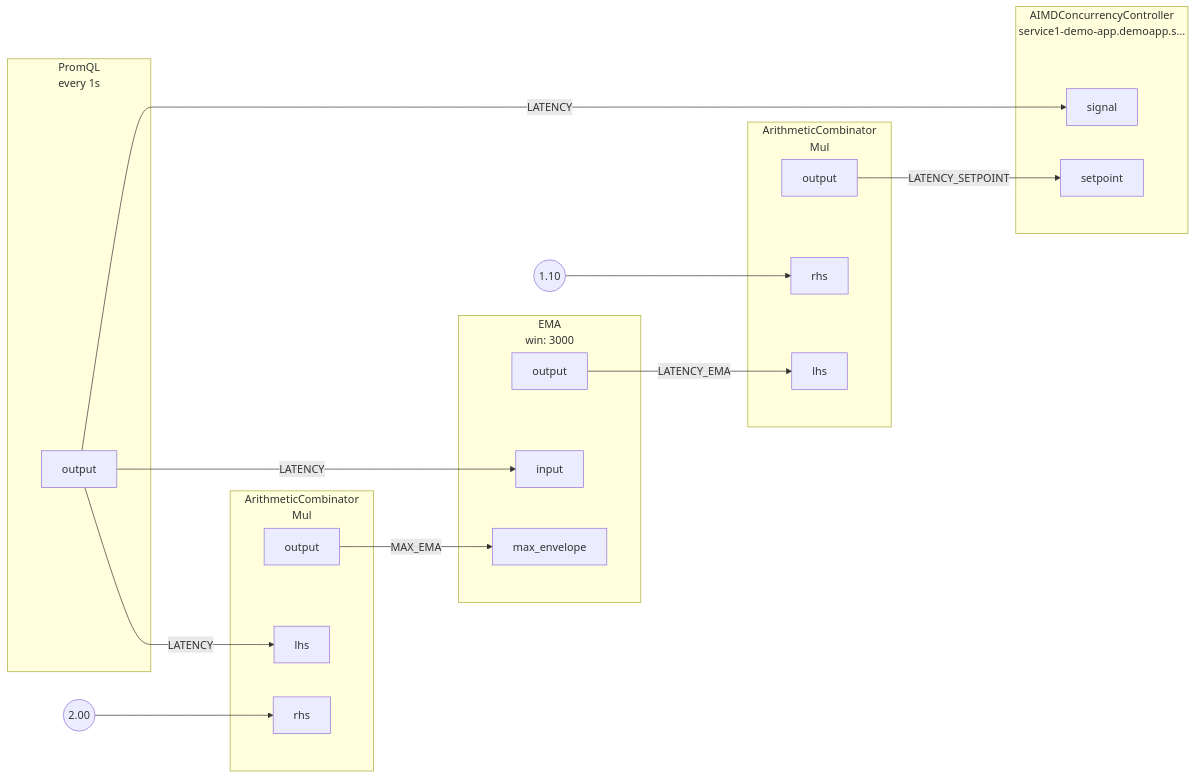
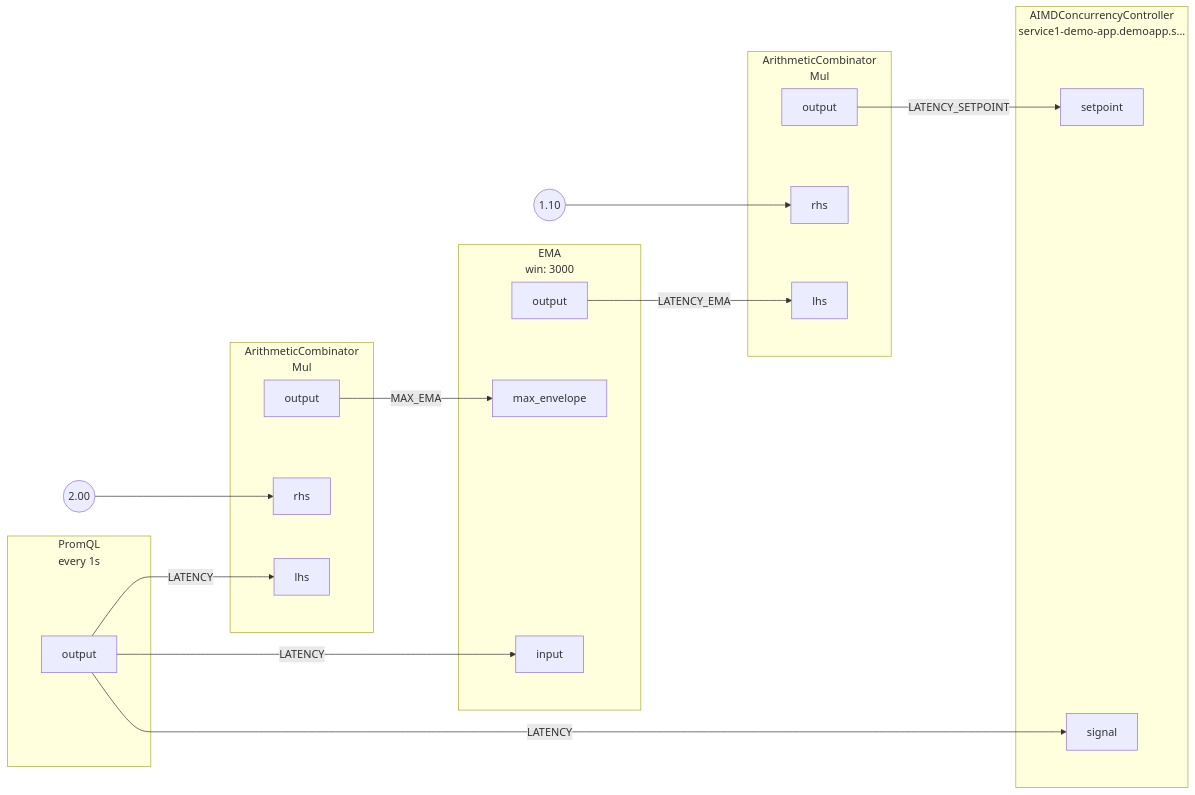
The diagram in docs/content/tutorials/integrations/flow-control/concurrency-limiting/assets/workload-prioritization/workload-prioritization.mmd (dataongunlaws/aperture), drawn with Mermaid before and after one commit. The commit also changed other lines of this file and 35 other files, not shown here.

Commit message:
YAML language server jsonschema for policies (#1348)

```diff
--- a/docs/content/tutorials/integrations/flow-control/concurrency-limiting/assets/workload-prioritization/workload-prioritization.mmd
+++ b/docs/content/tutorials/integrations/flow-control/concurrency-limiting/assets/workload-prioritization/workload-prioritization.mmd
@@ -1,60 +1,60 @@
 flowchart LR
 subgraph root.0[<center>PromQL<br/>every 1s</center>]
 subgraph root.0_outports[ ]
 style root.0_outports fill:none,stroke:none
 root.0output[output]
 end
 end
 FakeConstant0((2.00))
 FakeConstant0 --> root.1rhs
 subgraph root.1[<center>ArithmeticCombinator<br/>Mul</center>]
 subgraph root.1_inports[ ]
 style root.1_inports fill:none,stroke:none
 root.1lhs[lhs]
 root.1rhs[rhs]
 end
 subgraph root.1_outports[ ]
 style root.1_outports fill:none,stroke:none
 root.1output[output]
 end
 end
 FakeConstant1((1.10))
 FakeConstant1 --> root.2rhs
 subgraph root.2[<center>ArithmeticCombinator<br/>Mul</center>]
 subgraph root.2_inports[ ]
 style root.2_inports fill:none,stroke:none
+root.2rhs[rhs]
 root.2lhs[lhs]
-root.2rhs[rhs]
 end
 subgraph root.2_outports[ ]
 style root.2_outports fill:none,stroke:none
 root.2output[output]
 end
 end
 subgraph root.3[<center>EMA<br/>win: 3000</center>]
 subgraph root.3_inports[ ]
 style root.3_inports fill:none,stroke:none
+root.3max_envelope[max_envelope]
 root.3input[input]
-root.3max_envelope[max_envelope]
 end
 subgraph root.3_outports[ ]
 style root.3_outports fill:none,stroke:none
 root.3output[output]
 end
 end
 subgraph root.4[<center>AIMDConcurrencyController<br/>service1-demo-app.demoapp.s...</center>]
 subgraph root.4_inports[ ]
 style root.4_inports fill:none,stroke:none
 root.4setpoint[setpoint]
 root.4signal[signal]
 end
 subgraph root.4_outports[ ]
 style root.4_outports fill:none,stroke:none
 end
 end
 root.0output --> |LATENCY| root.1lhs
 root.0output --> |LATENCY| root.3input
 root.0output --> |LATENCY| root.4signal
 root.1output --> |MAX_EMA| root.3max_envelope
 root.2output --> |LATENCY_SETPOINT| root.4setpoint
 root.3output --> |LATENCY_EMA| root.2lhs
```
